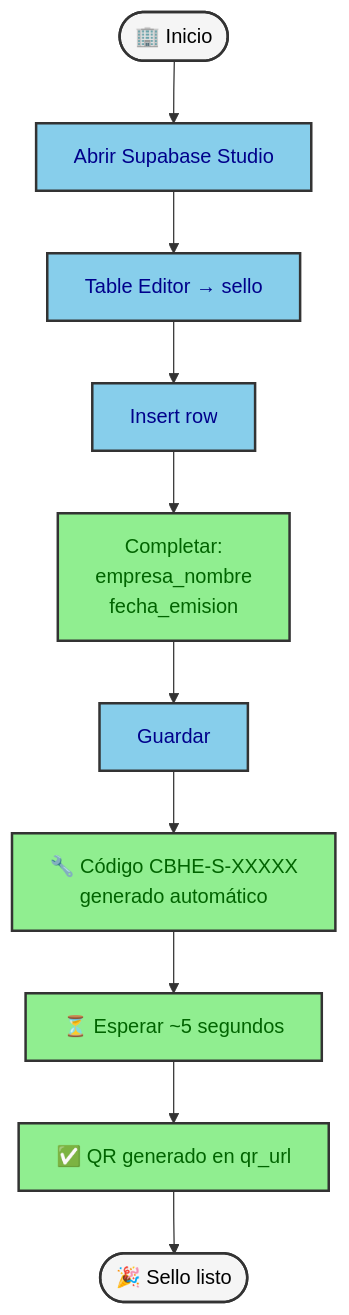
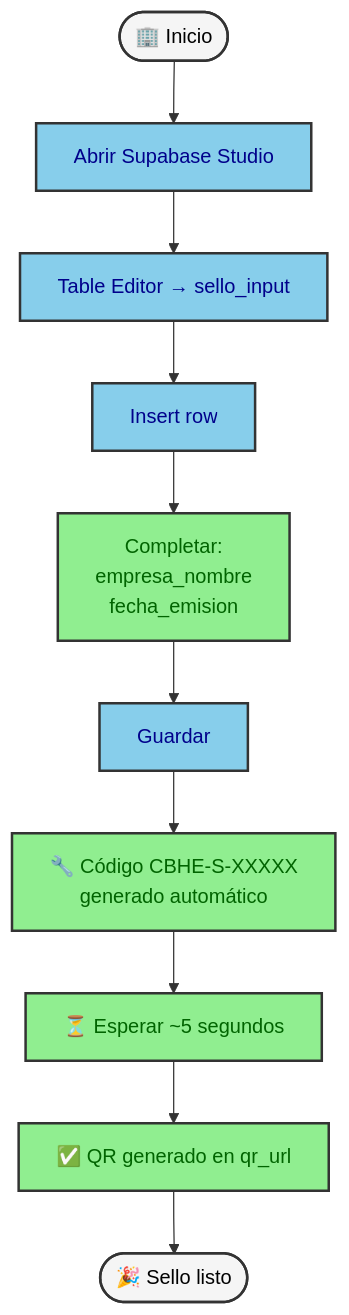
Before and after one commit to vincentiwadsworth/cbhe-web: the second of 5 diagrams in GUIA-CERTIFICADOS.md, drawn with Mermaid. The commit also changed other lines of this file and 2 other files, not shown here.

First line of the commit message:
docs: precisión de verbos emitir/generar/verificar + input views como método primario

````diff
--- a/GUIA-CERTIFICADOS.md
+++ b/GUIA-CERTIFICADOS.md
@@ -63,20 +63,20 @@
 ```mermaid
 flowchart TD
   Start([🏢 Inicio]) --> Login[Abrir Supabase Studio]
-  Login --> TableEditor[Table Editor → sello]
+  Login -->   TableEditor[Table Editor → sello_input]
   TableEditor --> Insert[Insert row]
   Insert --> FillFields["Completar:<br/>empresa_nombre<br/>fecha_emision"]
   FillFields --> Save[Guardar]
   Save --> AutoCode["🔧 Código CBHE-S-XXXXX<br/>generado automático"]
   AutoCode --> Wait["⏳ Esperar ~5 segundos"]
   Wait --> QRReady["✅ QR generado en qr_url"]
   QRReady --> Done([🎉 Sello listo])
 
   classDef primary fill:#90EE90,stroke:#333,stroke-width:2px,color:darkgreen
   classDef secondary fill:#87CEEB,stroke:#333,stroke-width:2px,color:darkblue
   classDef terminal fill:#F5F5F5,stroke:#333,stroke-width:2px,color:black
 
   class Start,Done terminal
   class Login,TableEditor,Insert,Save secondary
   class FillFields,AutoCode,Wait,QRReady primary
 ```
````
